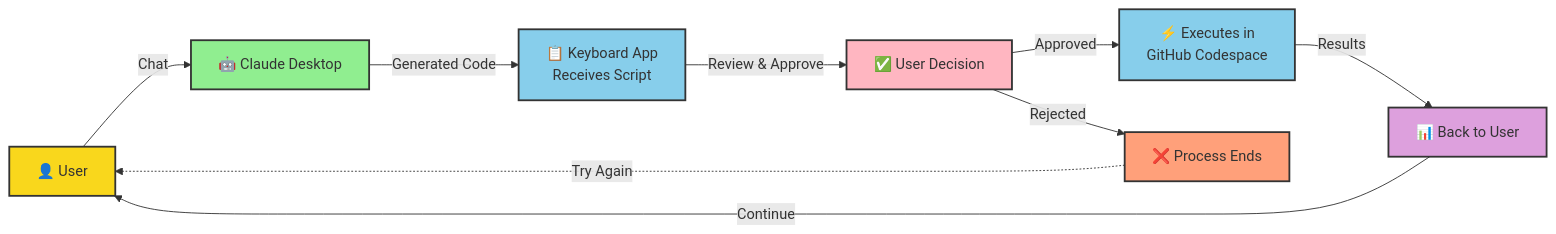
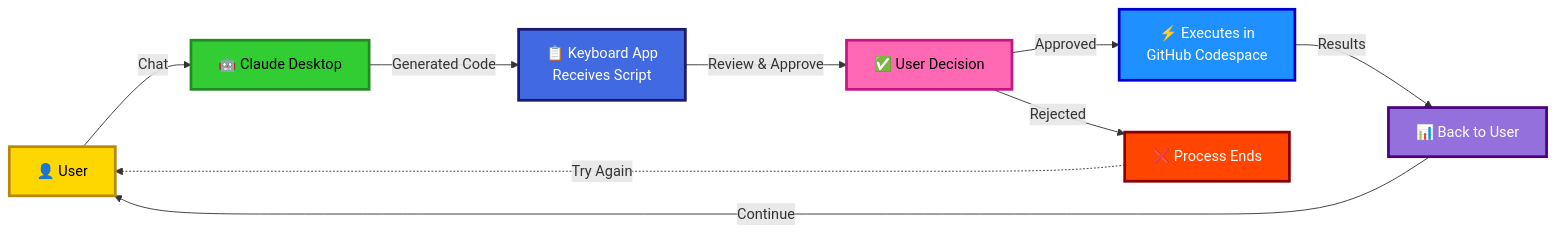
The diagram in README.md (keyboard-dev/keyboard-local), drawn with Mermaid before and after one commit. The commit also changed other lines of this file, not shown here.

Commit message:
Update README.md
updating mermaid diagram

````diff
--- a/README.md
+++ b/README.md
@@ -83,20 +83,20 @@
 ```mermaid
 flowchart LR
     A[👤 User] -->|Chat| B[🤖 Claude Desktop]
     B -->|Generated Code| C[📋 Keyboard App<br/>Receives Script]
     C -->|Review & Approve| D[✅ User Decision]
     D -->|Approved| E[⚡ Executes in<br/>GitHub Codespace]
     E -->|Results| F[📊 Back to User]
     F -->|Continue| A
     
     D -->|Rejected| G[❌ Process Ends]
     G -.->|Try Again| A
     
-    style A fill:#f9d71c,stroke:#333,stroke-width:2px
-    style B fill:#90EE90,stroke:#333,stroke-width:2px
-    style C fill:#87CEEB,stroke:#333,stroke-width:2px
-    style D fill:#FFB6C1,stroke:#333,stroke-width:2px
-    style E fill:#87CEEB,stroke:#333,stroke-width:2px
-    style F fill:#DDA0DD,stroke:#333,stroke-width:2px
-    style G fill:#FFA07A,stroke:#333,stroke-width:2px
+    style A fill:#FFD700,stroke:#B8860B,stroke-width:3px,color:#000
+    style B fill:#32CD32,stroke:#228B22,stroke-width:3px,color:#000
+    style C fill:#4169E1,stroke:#191970,stroke-width:3px,color:#fff
+    style D fill:#FF69B4,stroke:#C71585,stroke-width:3px,color:#000
+    style E fill:#1E90FF,stroke:#0000CD,stroke-width:3px,color:#fff
+    style F fill:#9370DB,stroke:#4B0082,stroke-width:3px,color:#fff
+    style G fill:#FF4500,stroke:#8B0000,stroke-width:3px,color:#fff
 ```
````
